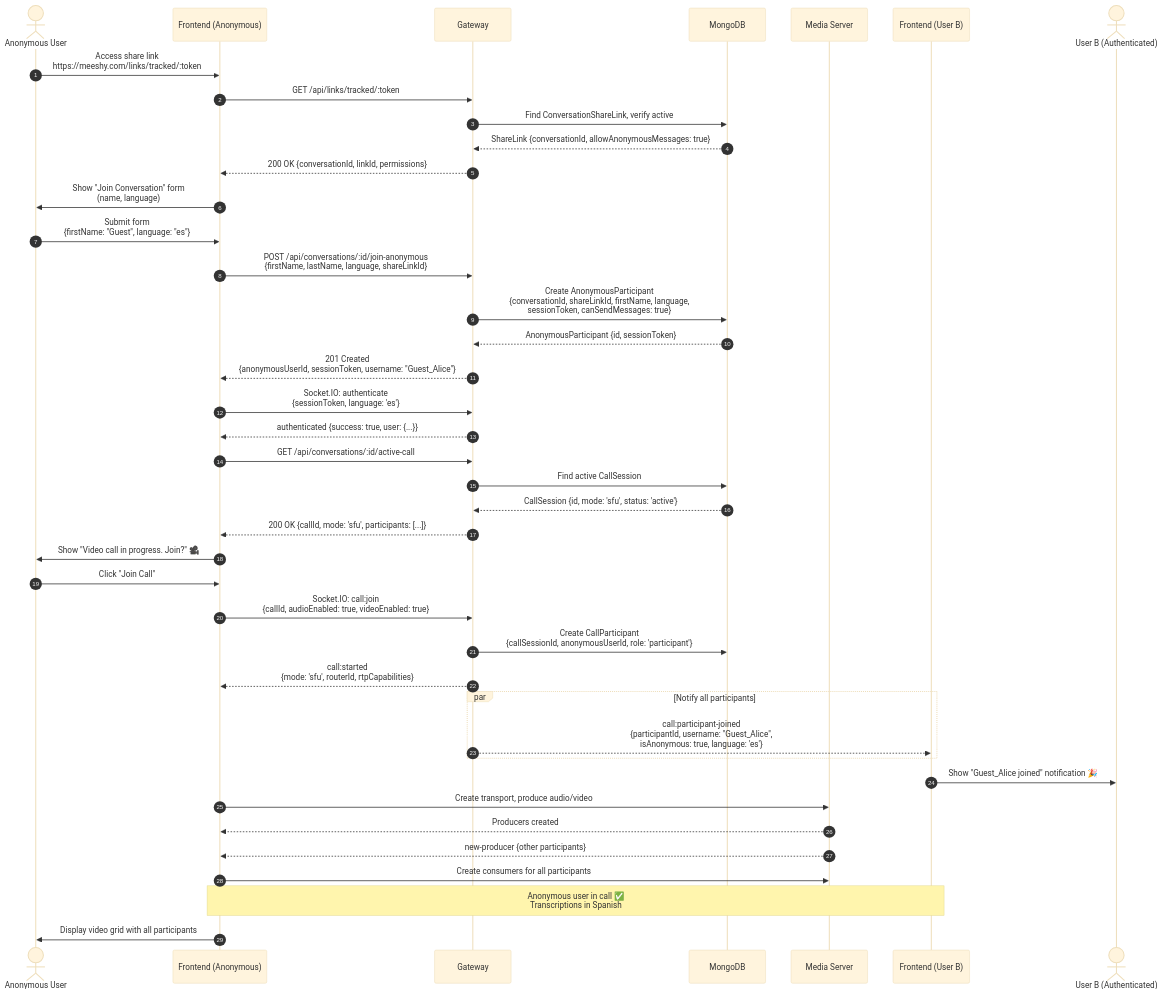
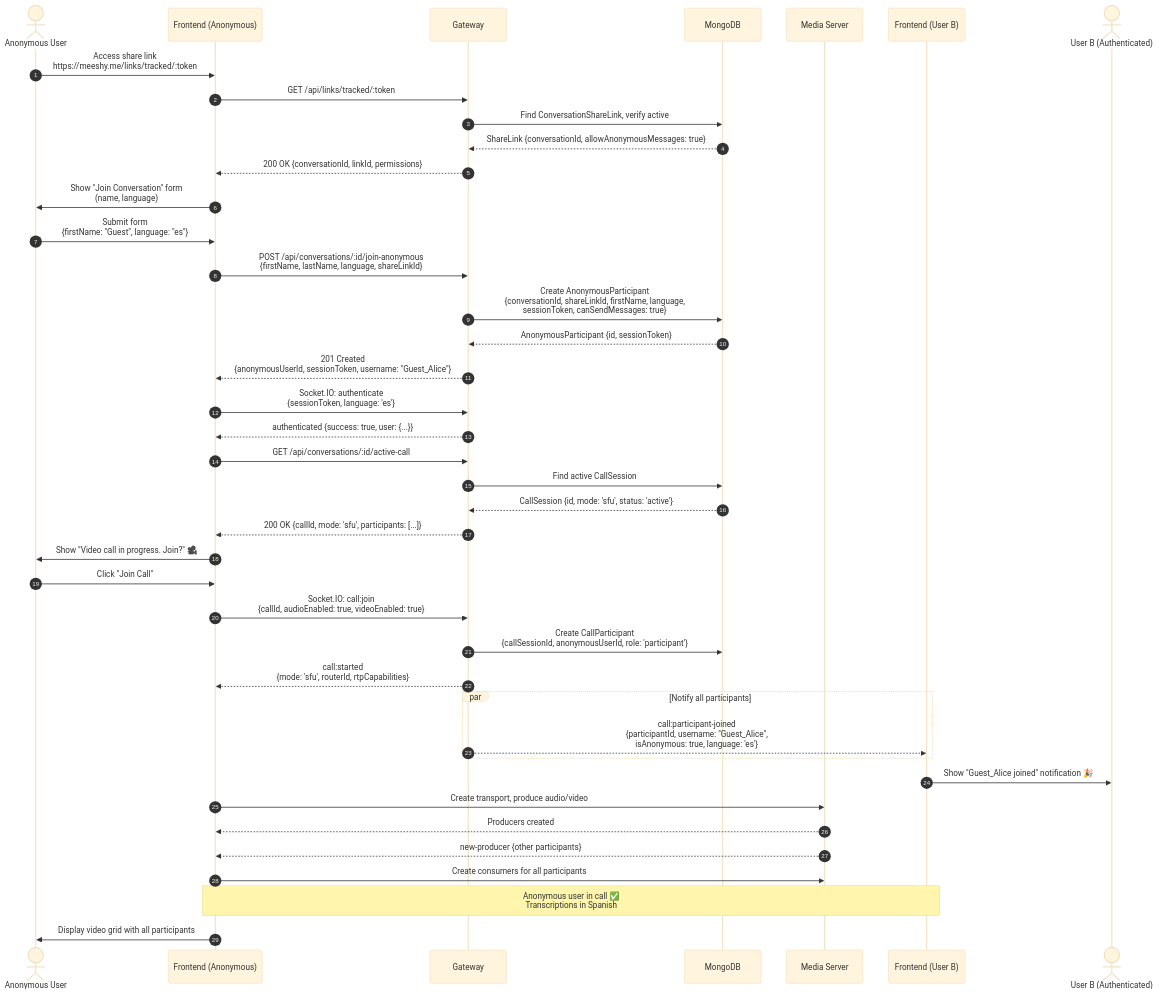
Before and after one commit to isopen-io/meeshy: the seventh of 7 diagrams in apps/docs/video-calls/SEQUENCE_DIAGRAMS.md, drawn with Mermaid (base theme). The commit also changed 49 other files, not shown here.

First line of the commit message:
chore: migrate domain from meeshy.com to meeshy.me

````diff
--- a/apps/docs/video-calls/SEQUENCE_DIAGRAMS.md
+++ b/apps/docs/video-calls/SEQUENCE_DIAGRAMS.md
@@ -568,70 +568,70 @@
 ```mermaid
 sequenceDiagram
     autonumber
     actor AnonUser as Anonymous User
     participant FE_A as Frontend (Anonymous)
     participant GW as Gateway
     participant DB as MongoDB
     participant MS as Media Server
     participant FE_B as Frontend (User B)
     actor UserB as User B (Authenticated)
 
     %% Anonymous user accesses share link
-    AnonUser->>FE_A: Access share link<br/>https://meeshy.com/links/tracked/:token
+    AnonUser->>FE_A: Access share link<br/>https://meeshy.me/links/tracked/:token
 
     FE_A->>GW: GET /api/links/tracked/:token
     GW->>DB: Find ConversationShareLink, verify active
     DB-->>GW: ShareLink {conversationId, allowAnonymousMessages: true}
 
     GW-->>FE_A: 200 OK {conversationId, linkId, permissions}
 
     FE_A->>AnonUser: Show "Join Conversation" form<br/>(name, language)
 
     AnonUser->>FE_A: Submit form<br/>{firstName: "Guest", language: "es"}
 
     FE_A->>GW: POST /api/conversations/:id/join-anonymous<br/>{firstName, lastName, language, shareLinkId}
 
     GW->>DB: Create AnonymousParticipant<br/>{conversationId, shareLinkId, firstName, language,<br/>sessionToken, canSendMessages: true}
 
     DB-->>GW: AnonymousParticipant {id, sessionToken}
 
     GW-->>FE_A: 201 Created<br/>{anonymousUserId, sessionToken, username: "Guest_Alice"}
 
     FE_A->>GW: Socket.IO: authenticate<br/>{sessionToken, language: 'es'}
     GW-->>FE_A: authenticated {success: true, user: {...}}
 
     %% Check for active call
     FE_A->>GW: GET /api/conversations/:id/active-call
     GW->>DB: Find active CallSession
     DB-->>GW: CallSession {id, mode: 'sfu', status: 'active'}
 
     GW-->>FE_A: 200 OK {callId, mode: 'sfu', participants: [...]}
 
     FE_A->>AnonUser: Show "Video call in progress. Join?" 🎥
 
     AnonUser->>FE_A: Click "Join Call"
 
     %% Join call (same flow as authenticated user)
     FE_A->>GW: Socket.IO: call:join<br/>{callId, audioEnabled: true, videoEnabled: true}
 
     GW->>DB: Create CallParticipant<br/>{callSessionId, anonymousUserId, role: 'participant'}
 
     GW-->>FE_A: call:started<br/>{mode: 'sfu', routerId, rtpCapabilities}
 
     par Notify all participants
         GW-->>FE_B: call:participant-joined<br/>{participantId, username: "Guest_Alice",<br/>isAnonymous: true, language: 'es'}
     end
 
     FE_B->>UserB: Show "Guest_Alice joined" notification 🎉
 
     %% Connect to SFU
     FE_A->>MS: Create transport, produce audio/video
     MS-->>FE_A: Producers created
 
     MS-->>FE_A: new-producer {other participants}
     FE_A->>MS: Create consumers for all participants
 
     Note over FE_A,FE_B: Anonymous user in call ✅<br/>Transcriptions in Spanish
 
     FE_A->>AnonUser: Display video grid with all participants
 ```
````
